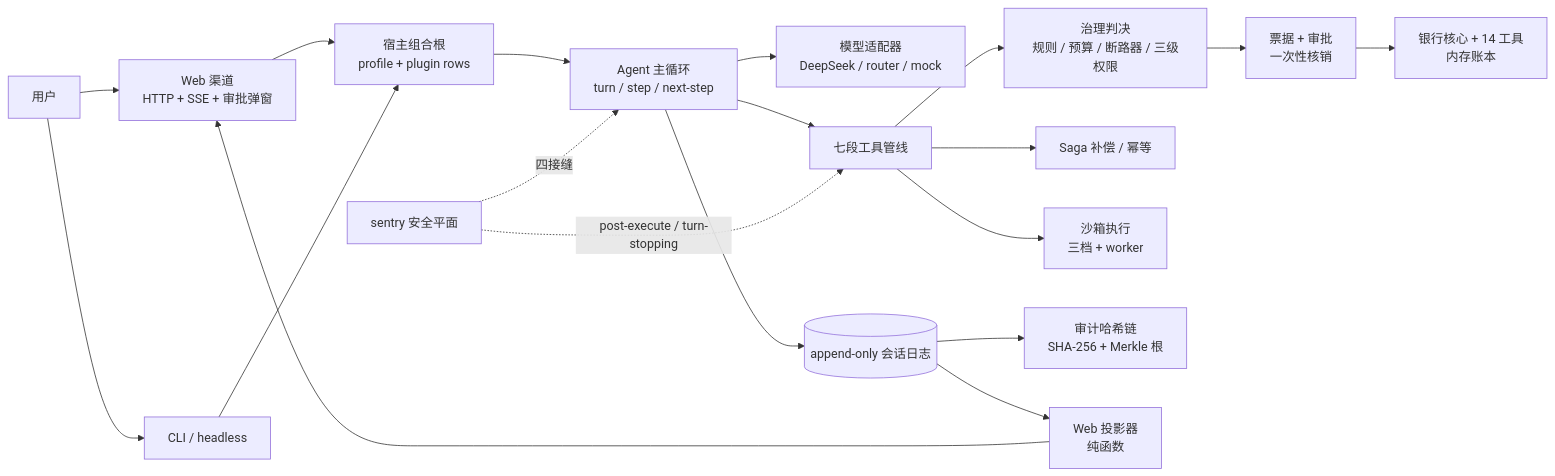
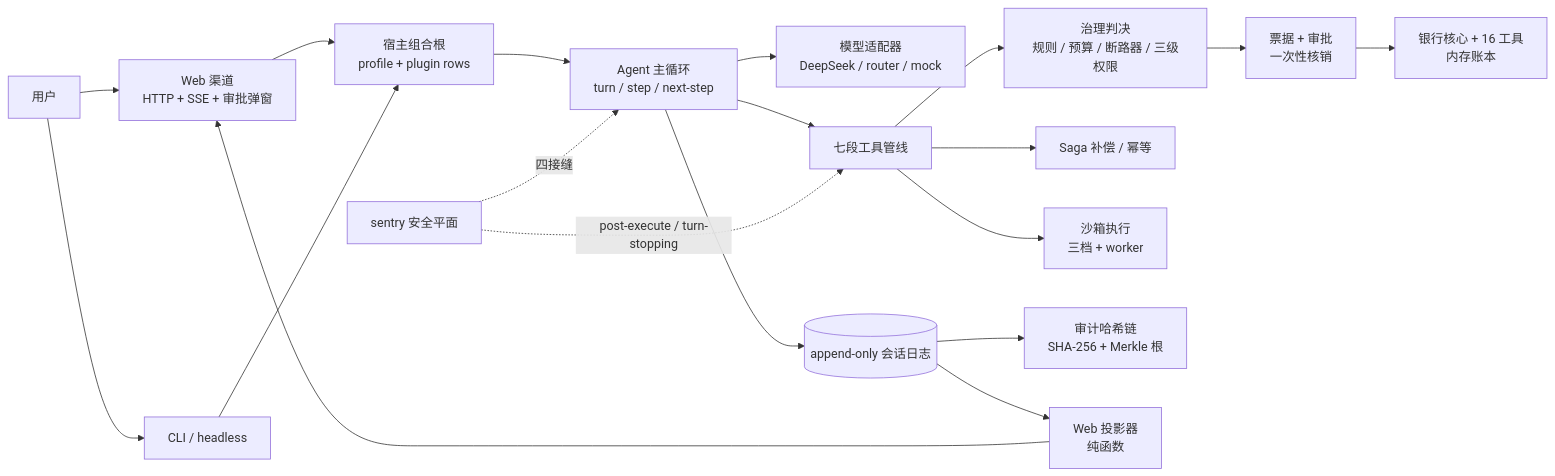
The diagram in README.md (YYYPROBEE/BAH), drawn with Mermaid before and after one commit. The commit also changed other lines of this file and 15 other files, not shown here.

````diff
--- a/README.md
+++ b/README.md
@@ -49,21 +53,21 @@
 ```mermaid
 flowchart LR
   U[用户] --> W[Web 渠道<br/>HTTP + SSE + 审批弹窗]
   U --> C[CLI / headless]
   W --> H[宿主组合根<br/>profile + plugin rows]
   C --> H
   H --> A[Agent 主循环<br/>turn / step / next-step]
   A --> L[模型适配器<br/>DeepSeek / router / mock]
   A --> P[七段工具管线]
   P --> G[治理判决<br/>规则 / 预算 / 断路器 / 三级权限]
   G --> T[票据 + 审批<br/>一次性核销]
-  T --> B[银行核心 + 14 工具<br/>内存账本]
+  T --> B[银行核心 + 16 工具<br/>内存账本]
   P --> SG[Saga 补偿 / 幂等]
   P --> SB[沙箱执行<br/>三档 + worker]
   A --> J[(append-only 会话日志)]
   J --> AU[审计哈希链<br/>SHA-256 + Merkle 根]
   J --> PR[Web 投影器<br/>纯函数]
   PR --> W
   S[sentry 安全平面] -. 四接缝 .-> A
   S -. post-execute / turn-stopping .-> P
 ```
````
